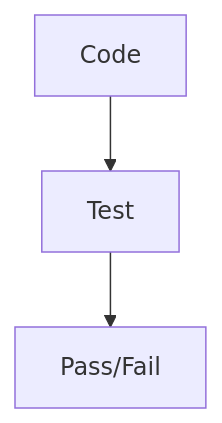
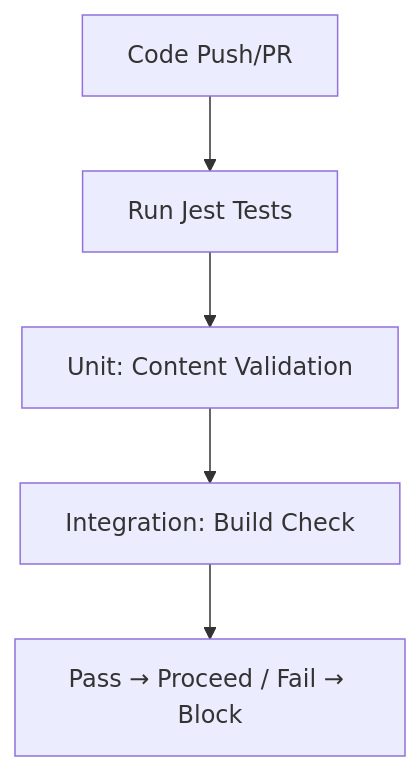
The diagram in docs/theory/test.md (JonasCruzMartinez/devops-workshop-vitepress), drawn with Mermaid before and after one commit. The commit also changed other lines of this file and 15 other files, not shown here.

````diff
--- a/docs/theory/test.md
+++ b/docs/theory/test.md
@@ -10,5 +11,7 @@
 ```mermaid
-graph TD;
-    A[Code] --> B[Test];
-    B --> C[Pass/Fail];
+graph TD
+  A[Code Push/PR] --> B[Run Jest Tests]
+  B --> C[Unit: Content Validation]
+  C --> D[Integration: Build Check]
+  D --> E[Pass → Proceed / Fail → Block]
 ```
````
